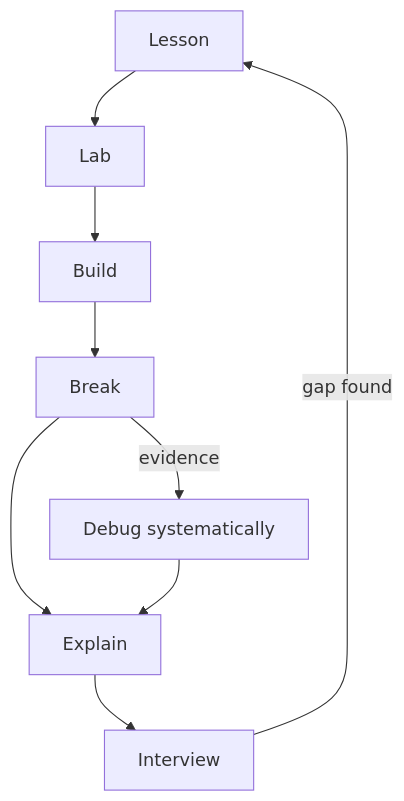
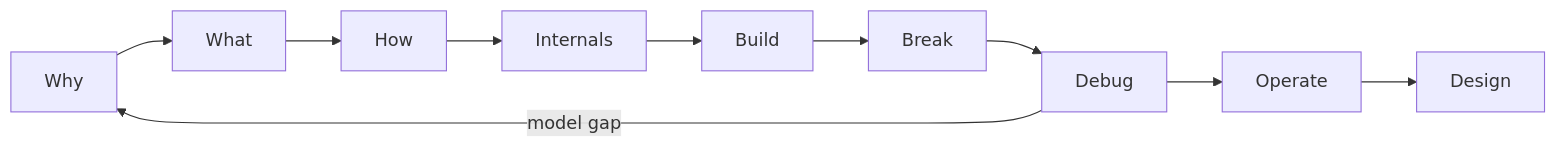
Before and after one commit to jmenzies722/ai-platform-engineer: the second of 2 diagrams in README.md, drawn with Mermaid. The commit also changed other lines of this file and 71 other files, not shown here.

````diff
--- a/README.md
+++ b/README.md
@@ -60,7 +42,5 @@
 ```mermaid
-flowchart TD
-    Lesson --> Lab --> Build --> Break --> Explain --> Interview
-    Interview -->|gap found| Lesson
-    Break -->|evidence| Debug[Debug systematically]
-    Debug --> Explain
+flowchart LR
+    Why --> What --> How --> Internals --> Build --> Break --> Debug --> Operate --> Design
+    Debug -->|model gap| Why
 ```
````
